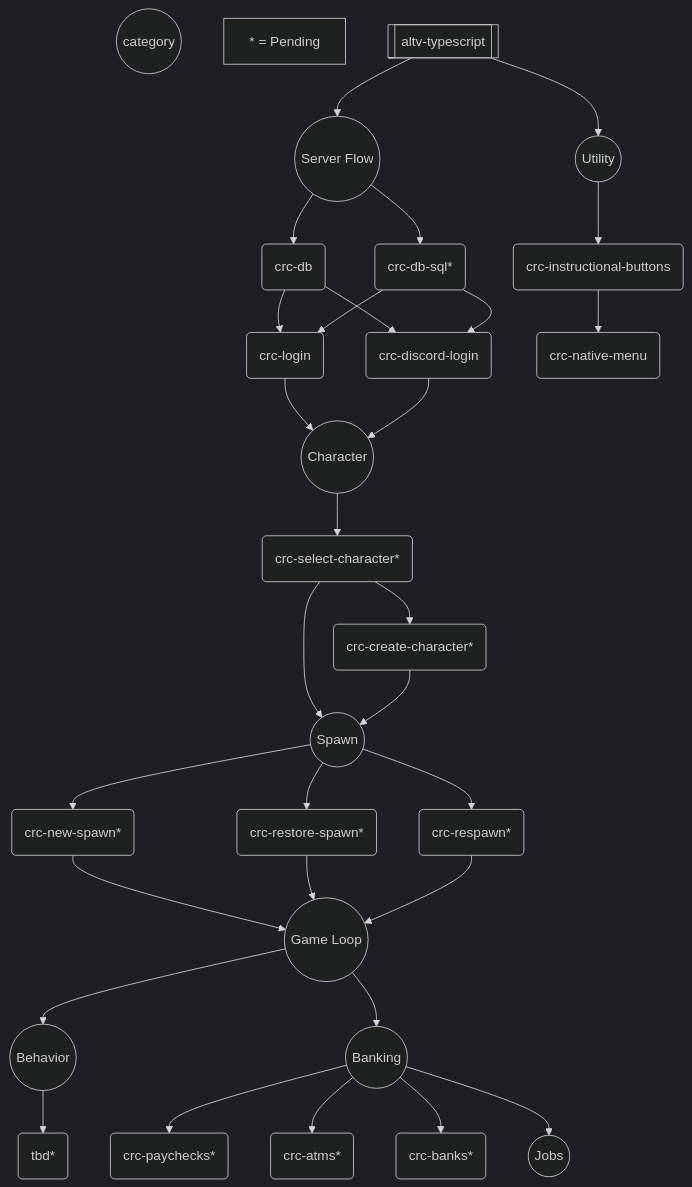
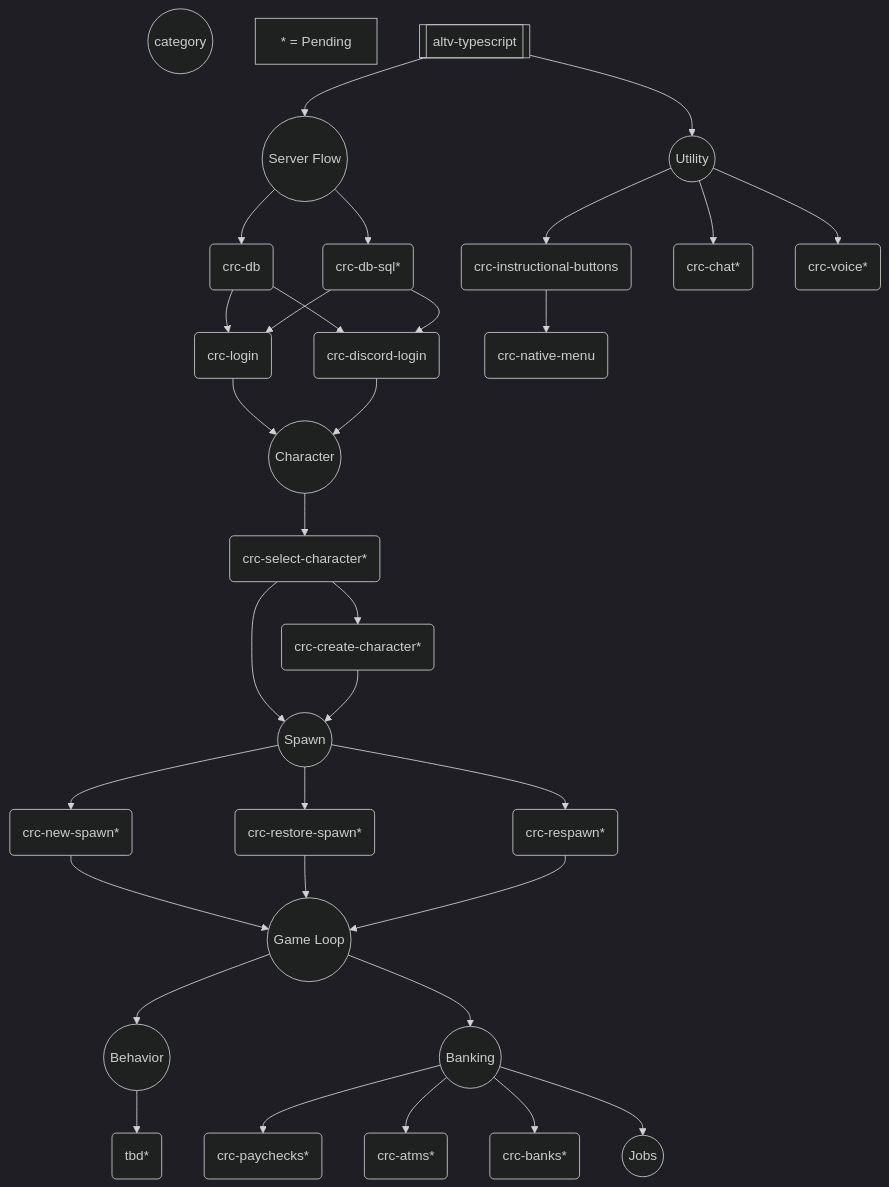
The diagram in profile/README.md (altv-crc/.github), drawn with Mermaid (dark theme) before and after one commit. The commit also changed other lines of this file, not shown here.

````diff
--- a/profile/README.md
+++ b/profile/README.md
@@ -30,72 +30,74 @@
 ```mermaid
 graph TD
     category((category))
     not_created[* = Pending]
 
     %% Initial Category
     altv_typescript[[altv-typescript]]
     altv_typescript --> cat_core
     altv_typescript --> cat_utility
-
-   
 
     %% Core
     cat_core((Server Flow))
     cat_core --> crc_db
     cat_core --> crc_db_sql
 
     %% Database
     crc_db(crc-db)
     crc_db --> crc_login
     crc_db --> crc_discord_login
     crc_db_sql(crc-db-sql*)
     crc_db_sql --> crc_login
     crc_db_sql --> crc_discord_login
-   
 
     %% Authentication
     crc_login(crc-login)
     crc_discord_login(crc-discord-login)
     crc_login --> cat_character
     crc_discord_login --> cat_character
 
     %% Character
     cat_character((Character))
     cat_character --> crc_char_select(crc-select-character*)
     crc_char_select --> crc_char_create(crc-create-character*)
     crc_char_select --> cat_spawn
     crc_char_create --> cat_spawn
 
     %% Spawn
     cat_spawn((Spawn))
     cat_spawn --> crc_new_spawn(crc-new-spawn*)
     cat_spawn --> crc_restore_spawn(crc-restore-spawn*)
     cat_spawn --> crc_respawn(crc-respawn*)
     crc_new_spawn --> cat_game_loop
     crc_restore_spawn --> cat_game_loop
     crc_respawn --> cat_game_loop
 
     %% Game Loop
     cat_game_loop((Game Loop))
     cat_game_loop --> cat_behavior
     cat_game_loop --> cat_banking
    
     %% Behavior
     cat_behavior((Behavior))
     cat_behavior --> tbd(tbd*)
 
     %% Banking
     cat_banking((Banking))
     cat_banking --> crc_paychecks(crc-paychecks*)
     cat_banking --> crc_atm(crc-atms*)
     cat_banking --> crc_banks(crc-banks*)
     cat_banking --> cat_jobs
 
     %% Jobs
     cat_jobs((Jobs))
 
     %% Utility
     cat_utility((Utility))
+
     cat_utility --> crc_instructional_buttons(crc-instructional-buttons)
     crc_instructional_buttons --> crc_native_menu(crc-native-menu)
+
+    cat_utility --> crc_chat(crc-chat*)
+
+    cat_utility --> crc_voice(crc-voice*)
 ```
````
